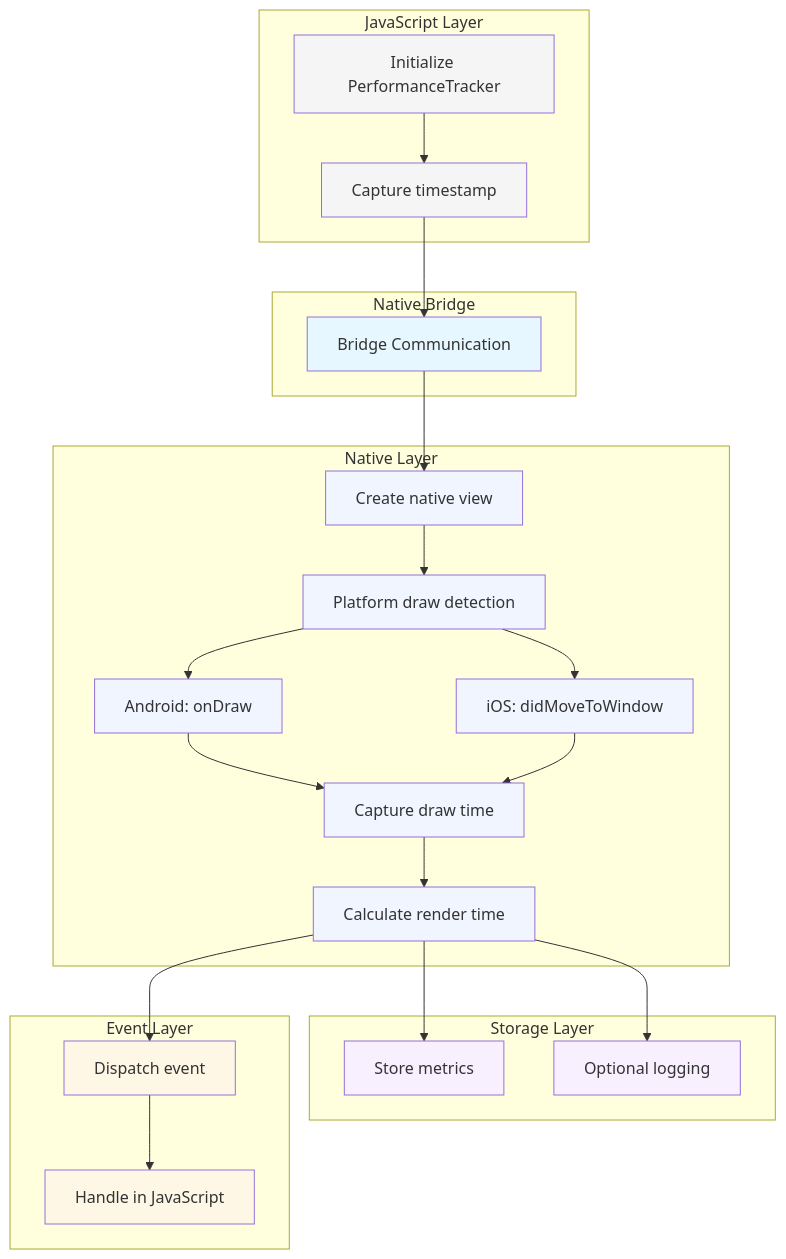
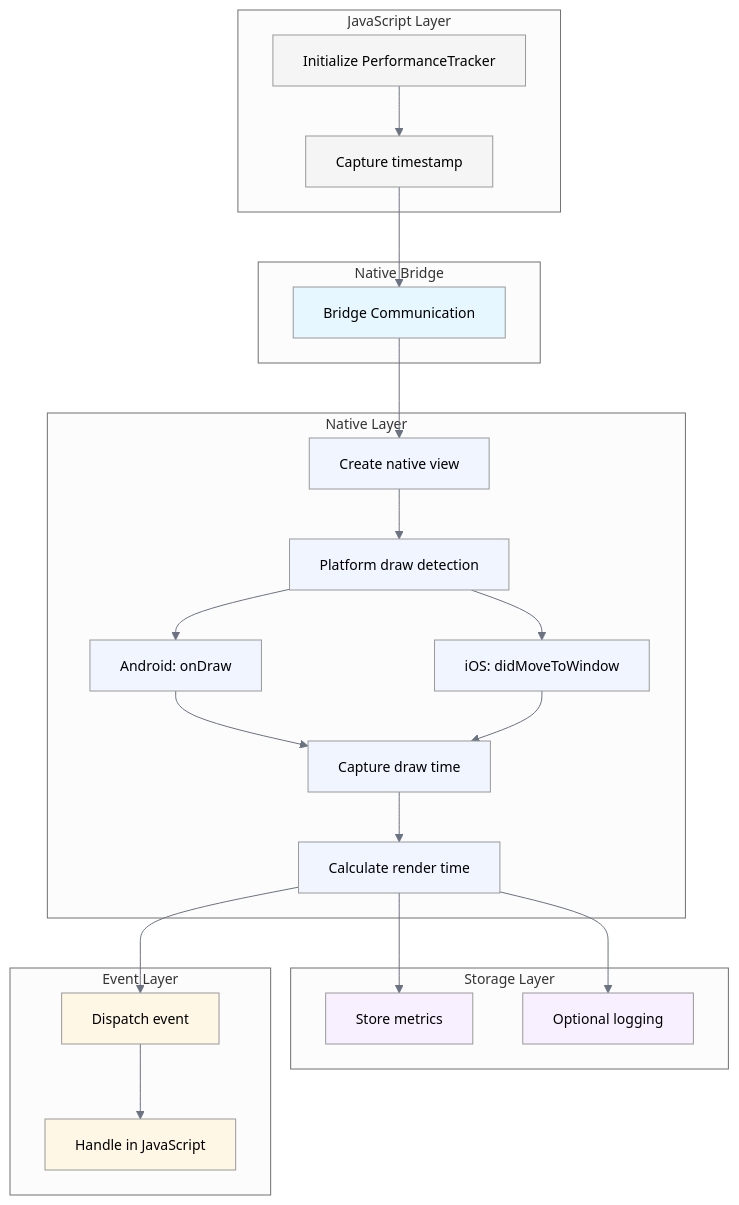
Before and after one commit to ds-horizon/marco: the second of 2 diagrams in docs/docs/architecture/draw-time-tracking.mdx, drawn with Mermaid. The commit also changed other lines of this file and 1 other file, not shown here.

Commit message:
chore: improved flow diagram design

````diff
--- a/docs/docs/architecture/draw-time-tracking.mdx
+++ b/docs/docs/architecture/draw-time-tracking.mdx
@@ -52,50 +50,51 @@
 ```mermaid
+%%{init: { 'theme': 'neutral', 'themeVariables': { 'fontSize': '14px', 'primaryColor': '#e5e7eb', 'primaryTextColor': '#111827', 'lineColor': '#6b7280', 'tertiaryColor': '#f9fafb' } }}%%
 graph TB
     subgraph "JavaScript Layer"
         A[Initialize PerformanceTracker] --> B[Capture timestamp]
     end
 
     subgraph "Native Bridge"
         C[Bridge Communication]
     end
 
     subgraph "Native Layer"
         D[Create native view] --> E[Platform draw detection]
         E --> F[Android: onDraw]
         E --> G[iOS: didMoveToWindow]
         F --> H[Capture draw time]
         G --> H
         H --> I[Calculate render time]
     end
 
     subgraph "Storage Layer"
         J[Store metrics]
         K[Optional logging]
     end
 
     subgraph "Event Layer"
         L[Dispatch event]
         M[Handle in JavaScript]
     end
 
     B --> C
     C --> D
     I --> J
     I --> K
     I --> L
     L --> M
 
     style A fill:#f5f5f5
     style B fill:#f5f5f5
     style C fill:#e6f7ff
     style D fill:#f0f5ff
     style E fill:#f0f5ff
     style F fill:#f0f5ff
     style G fill:#f0f5ff
     style H fill:#f0f5ff
     style I fill:#f0f5ff
     style J fill:#f9f0ff
     style K fill:#f9f0ff
     style L fill:#fff7e6
     style M fill:#fff7e6
 ```
````
